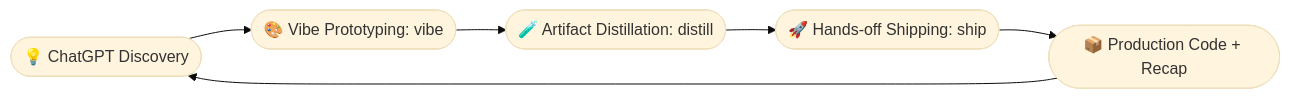
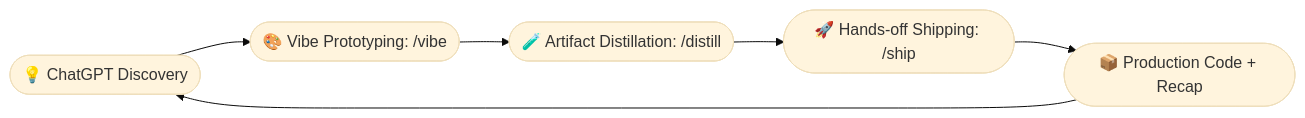
Before and after one commit to michaelhejazi/dual-track-AIPD: the first of 2 diagrams in README.md, drawn with Mermaid (base theme). The commit also changed other lines of this file, not shown here.

`````diff
--- a/README.md
+++ b/README.md
@@ -54,8 +83,8 @@
 ```mermaid
 flowchart LR
-    A([💡 ChatGPT Discovery]) --> B([🎨 Vibe Prototyping: vibe])
-    B --> C([🧪 Artifact Distillation: distill])
-    C --> D([🚀 Hands-off Shipping: ship])
+    A([💡 ChatGPT Discovery]) --> B([🎨 Vibe Prototyping: /vibe])
+    B --> C([🧪 Artifact Distillation: /distill])
+    C --> D([🚀 Hands-off Shipping: /ship])
     D --> E([📦 Production Code + Recap])
     E --> A
-````
+```
`````
